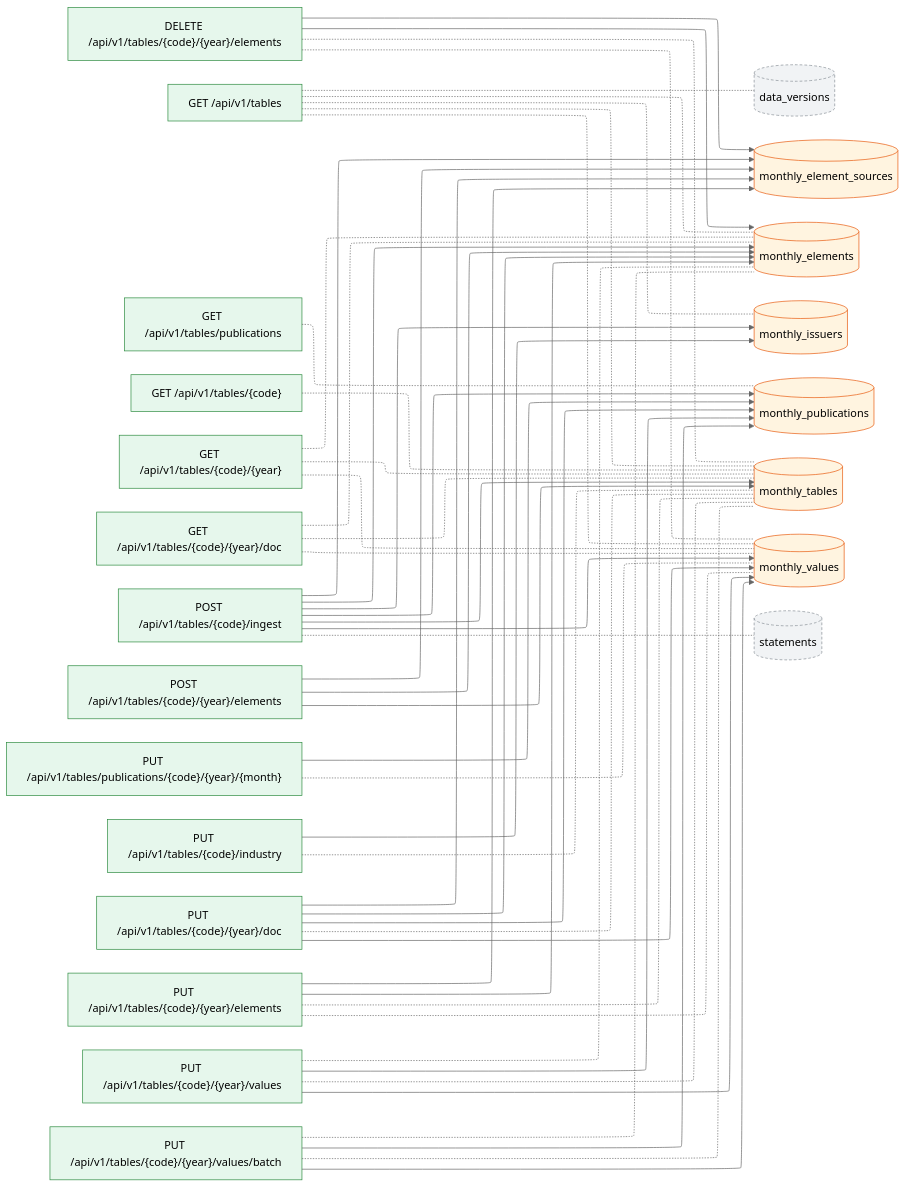
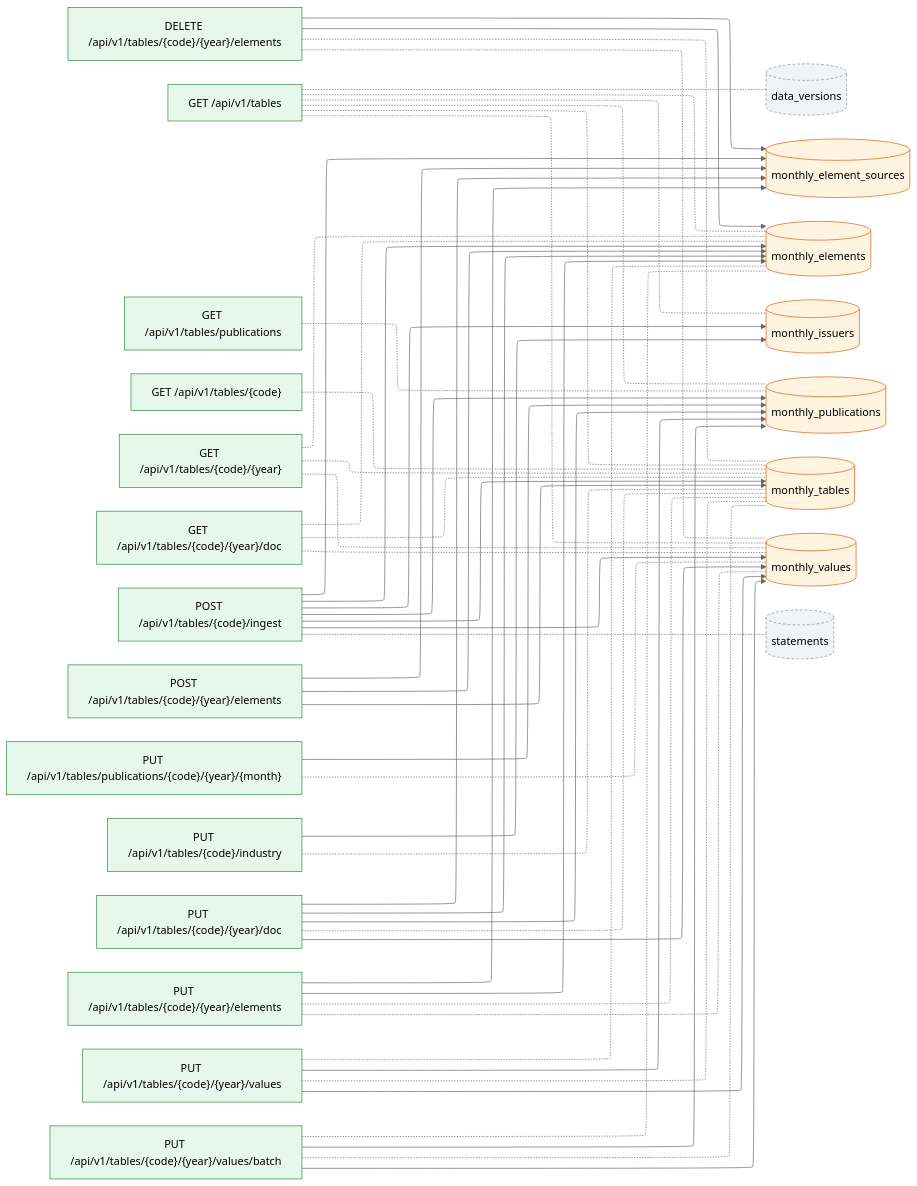
One commit to pekumirui/stock-analyzer changed the second of 2 diagrams in docs/dataflow/monthly.md. Above: the diagram before and after it, drawn with Mermaid (neutral theme). The commit also changed other lines of this file and 19 other files, not shown here.

````diff
--- a/docs/dataflow/monthly.md
+++ b/docs/dataflow/monthly.md
@@ -82,81 +82,82 @@
 ```mermaid
 ---
 config:
   layout: elk
 ---
 flowchart LR
   n0["DELETE /api/v1/tables/{code}/{year}/elements"]:::api
   n1["GET /api/v1/tables"]:::api
   n2["GET /api/v1/tables/publications"]:::api
   n3["GET /api/v1/tables/{code}"]:::api
   n4["GET /api/v1/tables/{code}/{year}"]:::api
   n5["GET /api/v1/tables/{code}/{year}/doc"]:::api
   n6["POST /api/v1/tables/{code}/ingest"]:::api
   n7["POST /api/v1/tables/{code}/{year}/elements"]:::api
   n8["PUT /api/v1/tables/publications/{code}/{year}/{month}"]:::api
   n9["PUT /api/v1/tables/{code}/industry"]:::api
   n10["PUT /api/v1/tables/{code}/{year}/doc"]:::api
   n11["PUT /api/v1/tables/{code}/{year}/elements"]:::api
   n12["PUT /api/v1/tables/{code}/{year}/values"]:::api
   n13["PUT /api/v1/tables/{code}/{year}/values/batch"]:::api
   n14[("data_versions")]:::ext
   n15[("monthly_element_sources")]:::tbl
   n16[("monthly_elements")]:::tbl
   n17[("monthly_issuers")]:::tbl
   n18[("monthly_publications")]:::tbl
   n19[("monthly_tables")]:::tbl
   n20[("monthly_values")]:::tbl
   n21[("statements")]:::ext
   n0 --> n15
   n0 --> n16
   n0 -.- n19
   n0 -.- n20
   n1 -.- n14
   n1 -.- n16
   n1 -.- n17
+  n1 -.- n18
   n1 -.- n19
   n1 -.- n20
   n2 -.- n18
   n3 -.- n19
   n4 -.- n16
   n4 -.- n19
   n4 -.- n20
   n5 -.- n16
   n5 -.- n19
   n5 -.- n20
   n6 --> n15
   n6 --> n16
   n6 --> n17
   n6 --> n18
   n6 --> n19
   n6 --> n20
   n6 -.- n21
   n7 --> n15
   n7 --> n16
   n7 --> n19
   n8 --> n18
   n8 -.- n20
   n9 --> n17
   n9 -.- n19
   n10 --> n15
   n10 --> n16
   n10 --> n18
   n10 -.- n19
   n10 --> n20
   n11 --> n15
   n11 --> n16
   n11 -.- n19
   n11 -.- n20
   n12 -.- n16
   n12 --> n18
   n12 -.- n19
   n12 --> n20
   n13 -.- n16
   n13 --> n18
   n13 -.- n19
   n13 --> n20
   classDef job fill:#e3ecff,stroke:#3b5bdb
   classDef api fill:#e6f7ec,stroke:#2b8a3e
   classDef tbl fill:#fff4e0,stroke:#e8590c
   classDef ext fill:#f1f3f5,stroke:#868e96,stroke-dasharray:4 3
 ```
````
